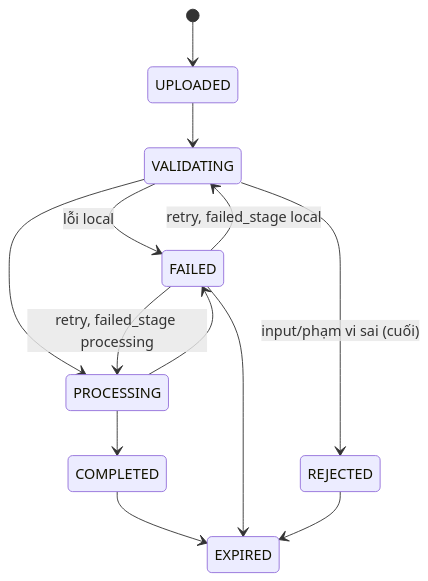
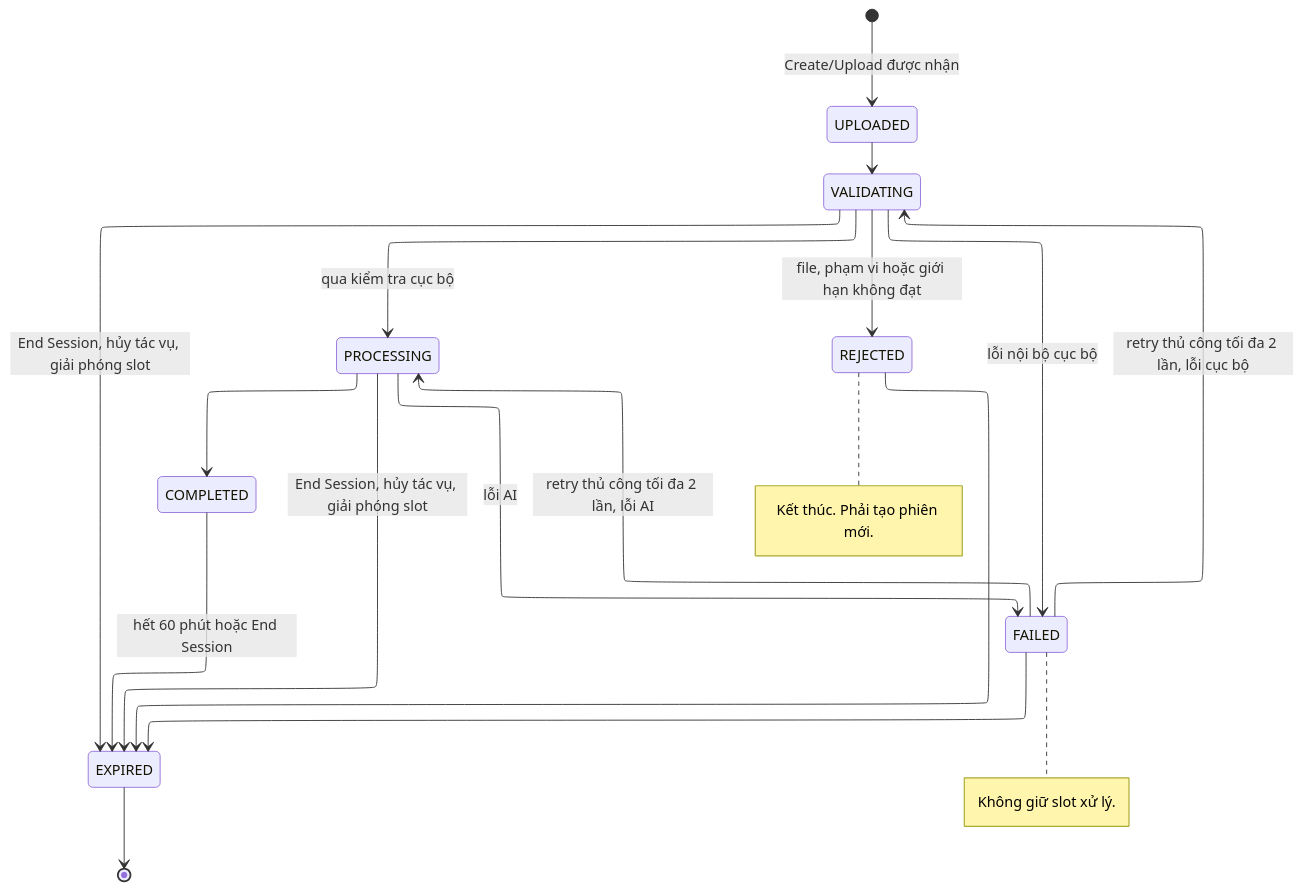
Before and after one commit to sosadsonar/ai-contract-risk-analyzer-pipeline: the third of 3 diagrams in ARCHITECTURE.md, drawn with Mermaid. The commit also changed other lines of this file and 126 other files, not shown here.

````diff
--- a/ARCHITECTURE.md
+++ b/ARCHITECTURE.md
@@ -77,15 +204,28 @@
 ```mermaid
+---
+config:
+  layout: elk
+---
 stateDiagram-v2
-  [*] --> UPLOADED
+  [*] --> UPLOADED: Create/Upload được nhận
   UPLOADED --> VALIDATING
-  VALIDATING --> REJECTED: input/phạm vi sai (cuối)
-  VALIDATING --> FAILED: lỗi local
-  VALIDATING --> PROCESSING
+  VALIDATING --> PROCESSING: qua kiểm tra cục bộ
+  VALIDATING --> REJECTED: file, phạm vi hoặc giới hạn không đạt
+  VALIDATING --> FAILED: lỗi nội bộ cục bộ
   PROCESSING --> COMPLETED
-  PROCESSING --> FAILED
-  FAILED --> VALIDATING: retry, failed_stage local
-  FAILED --> PROCESSING: retry, failed_stage processing
-  COMPLETED --> EXPIRED
+  PROCESSING --> FAILED: lỗi AI
+  FAILED --> VALIDATING: retry thủ công tối đa 2 lần, lỗi cục bộ
+  FAILED --> PROCESSING: retry thủ công tối đa 2 lần, lỗi AI
+  VALIDATING --> EXPIRED: End Session, hủy tác vụ, giải phóng slot
+  PROCESSING --> EXPIRED: End Session, hủy tác vụ, giải phóng slot
+  COMPLETED --> EXPIRED: hết 60 phút hoặc End Session
   FAILED --> EXPIRED
   REJECTED --> EXPIRED
+  EXPIRED --> [*]
+  note right of REJECTED
+    Kết thúc. Phải tạo phiên mới.
+  end note
+  note right of FAILED
+    Không giữ slot xử lý.
+  end note
 ```
````
